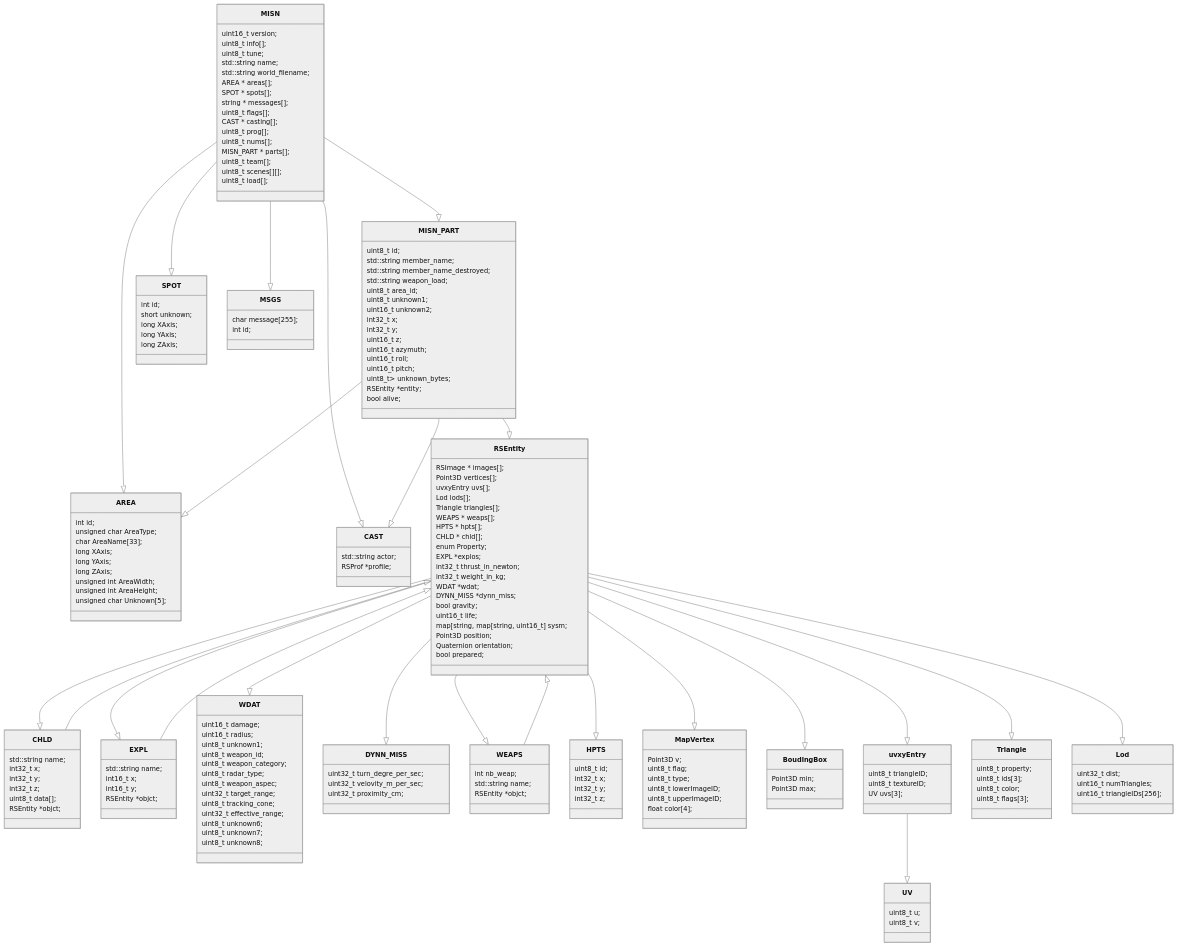
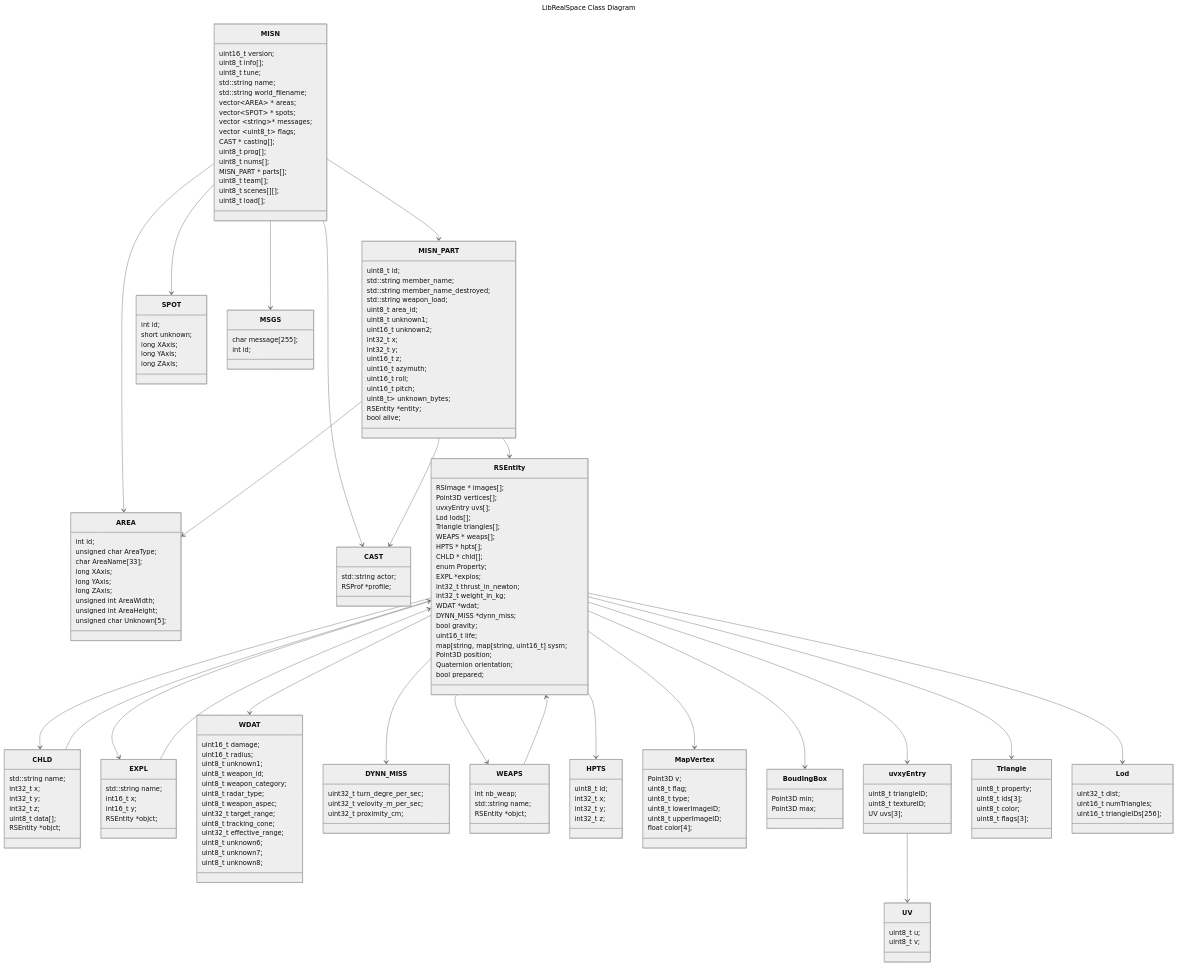
The diagram in doc/classDiagram.mmd (fabiensanglard/libRealSpace), drawn with Mermaid (neutral theme) before and after one commit.

```diff
--- a/doc/classDiagram.mmd
+++ b/doc/classDiagram.mmd
@@ -1,194 +1,199 @@
+---
+title: LibRealSpace Class Diagram
+---
+
 classDiagram
+    
     class MISN {
         uint16_t version;
         uint8_t info[];
         uint8_t tune;
         std::string name;
         std::string world_filename;
-        AREA * areas[];
-        SPOT * spots[];
-        string * messages[];
-        uint8_t flags[];
+        vector~AREA~ * areas;
+        vector~SPOT~ * spots;
+        vector ~string~* messages;
+        vector ~uint8_t~ flags;
         CAST * casting[];
         uint8_t prog[];
         uint8_t nums[];
         MISN_PART * parts[];
         uint8_t team[];
         uint8_t scenes[][];
         uint8_t load[];
     }
     class AREA {
         int id;
         unsigned char AreaType;
         char AreaName[33];
         long XAxis;
         long YAxis;
         long ZAxis;
         unsigned int AreaWidth;
         unsigned int AreaHeight;
         unsigned char Unknown[5];
     }
     class MISN_PART {
         uint8_t id;
         std::string member_name;
         std::string member_name_destroyed;
         std::string weapon_load;
         uint8_t area_id;      
         uint8_t unknown1;
         uint16_t unknown2;
         int32_t x;
         int32_t y;
         uint16_t z;
         uint16_t azymuth;
         uint16_t roll;
         uint16_t pitch;
         uint8_t> unknown_bytes;
         RSEntity *entity;
         bool alive;
     }
     class SPOT {
         int id;
         short unknown;
 
         long XAxis;
         long YAxis;
         long ZAxis;
     }
     class MSGS {
         char message[255];
         int id;
     }
     class CAST {
         std::string actor;
         RSProf *profile;
     }
-    MISN --|> AREA
-    MISN --|> SPOT
-    MISN --|> CAST
-    MISN --|> MISN_PART
-    MISN --|> MSGS
+    MISN --> AREA
+    MISN --> SPOT
+    MISN --> CAST
+    MISN --> MISN_PART
+    MISN --> MSGS
 
 
     class CHLD {
         std::string name;
         int32_t x;
         int32_t y;
         int32_t z;
         uint8_t data[];
         RSEntity *objct;
     }
     class EXPL {
         std::string name;
         int16_t x;
         int16_t y;
         RSEntity *objct;
     }
     class WDAT {
         uint16_t damage;
         uint16_t radius;
         uint8_t unknown1;
         uint8_t weapon_id;
         uint8_t weapon_category;
         uint8_t radar_type;
         uint8_t weapon_aspec;
         uint32_t target_range;
         uint8_t tracking_cone;
         uint32_t effective_range;  
         uint8_t unknown6;
         uint8_t unknown7;
         uint8_t unknown8;
     }
     class DYNN_MISS {
         uint32_t turn_degre_per_sec;
         uint32_t velovity_m_per_sec;
         uint32_t proximity_cm;
     }
     class WEAPS {
         int nb_weap;
         std::string name;
         RSEntity *objct;
     }
     class HPTS {
         uint8_t id;
         int32_t x;
         int32_t y;
         int32_t z;
     }
     class MapVertex {
         Point3D v;
 
         uint8_t flag;
         uint8_t type;
         uint8_t lowerImageID;
         uint8_t upperImageID;
 
         float color[4];
 
     }
     class BoudingBox {
         Point3D min;
         Point3D max;
     }
     class UV {
         uint8_t u;
         uint8_t v;
     }
     class uvxyEntry {
         uint8_t triangleID;
         uint8_t textureID;
         UV uvs[3];
     }
 
     class Triangle {
         uint8_t property;
         uint8_t ids[3];
         uint8_t color;
         uint8_t flags[3];
     }
     class Lod {
         uint32_t dist;
         uint16_t numTriangles;
         uint16_t triangleIDs[256];
     }
     class RSEntity {
         RSImage * images[];
         Point3D vertices[];
         uvxyEntry uvs[];
         Lod lods[];
         Triangle triangles[];
         WEAPS * weaps[];
         HPTS * hpts[];
         CHLD * chld[];
         enum Property;
         EXPL *explos;
         int32_t thrust_in_newton;
         int32_t weight_in_kg;
         WDAT *wdat;
         DYNN_MISS *dynn_miss;
         bool gravity;
 
         uint16_t life;
         map[string, map[string, uint16_t] sysm;
         Point3D position;
         Quaternion orientation;
         bool prepared;
     }
-    RSEntity --|> WDAT
-    RSEntity --|> DYNN_MISS
-    RSEntity --|> WEAPS
-    RSEntity --|> HPTS
-    RSEntity --|> CHLD
-    RSEntity --|> EXPL
-    RSEntity --|> Triangle
-    RSEntity --|> Lod
-    RSEntity --|> uvxyEntry
-    RSEntity --|> MapVertex
-    RSEntity --|> BoudingBox
-    MISN_PART --|> RSEntity
-    CHLD --|> RSEntity
-    EXPL --|> RSEntity
-    WEAPS --|> RSEntity
-    uvxyEntry --|> UV
+    RSEntity --> WDAT
+    RSEntity --> DYNN_MISS
+    RSEntity --> WEAPS
+    RSEntity --> HPTS
+    RSEntity --> CHLD
+    RSEntity --> EXPL
+    RSEntity --> Triangle
+    RSEntity --> Lod
+    RSEntity --> uvxyEntry
+    RSEntity --> MapVertex
+    RSEntity --> BoudingBox
+    MISN_PART --> RSEntity
+    CHLD --> RSEntity
+    EXPL --> RSEntity
+    WEAPS --> RSEntity
+    uvxyEntry --> UV
 
-    MISN_PART --|> AREA
-    MISN_PART --|> CAST
+    MISN_PART --> AREA
+    MISN_PART --> CAST
```
